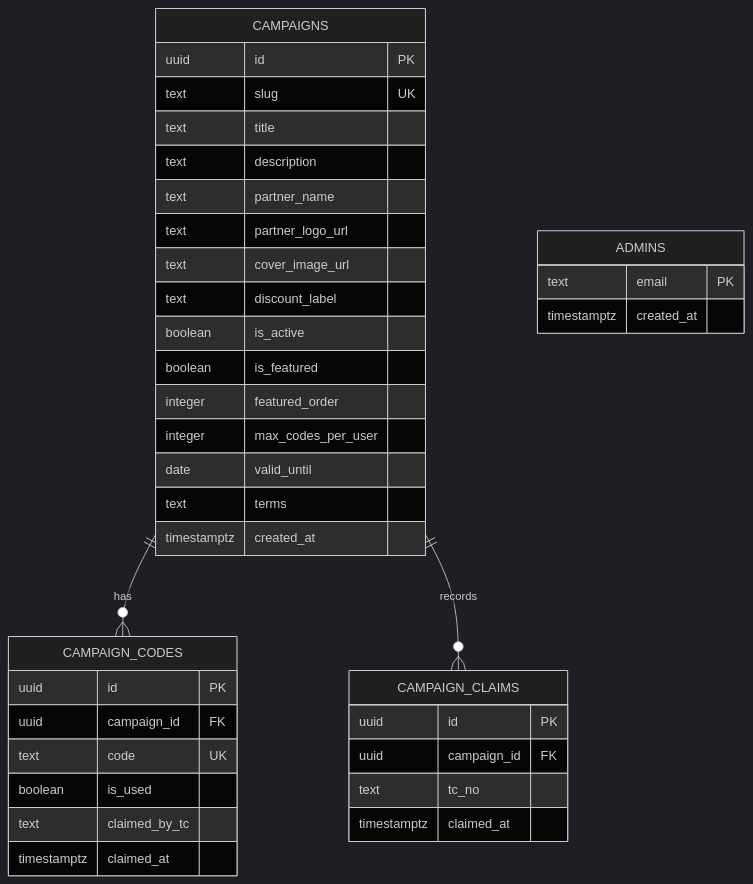
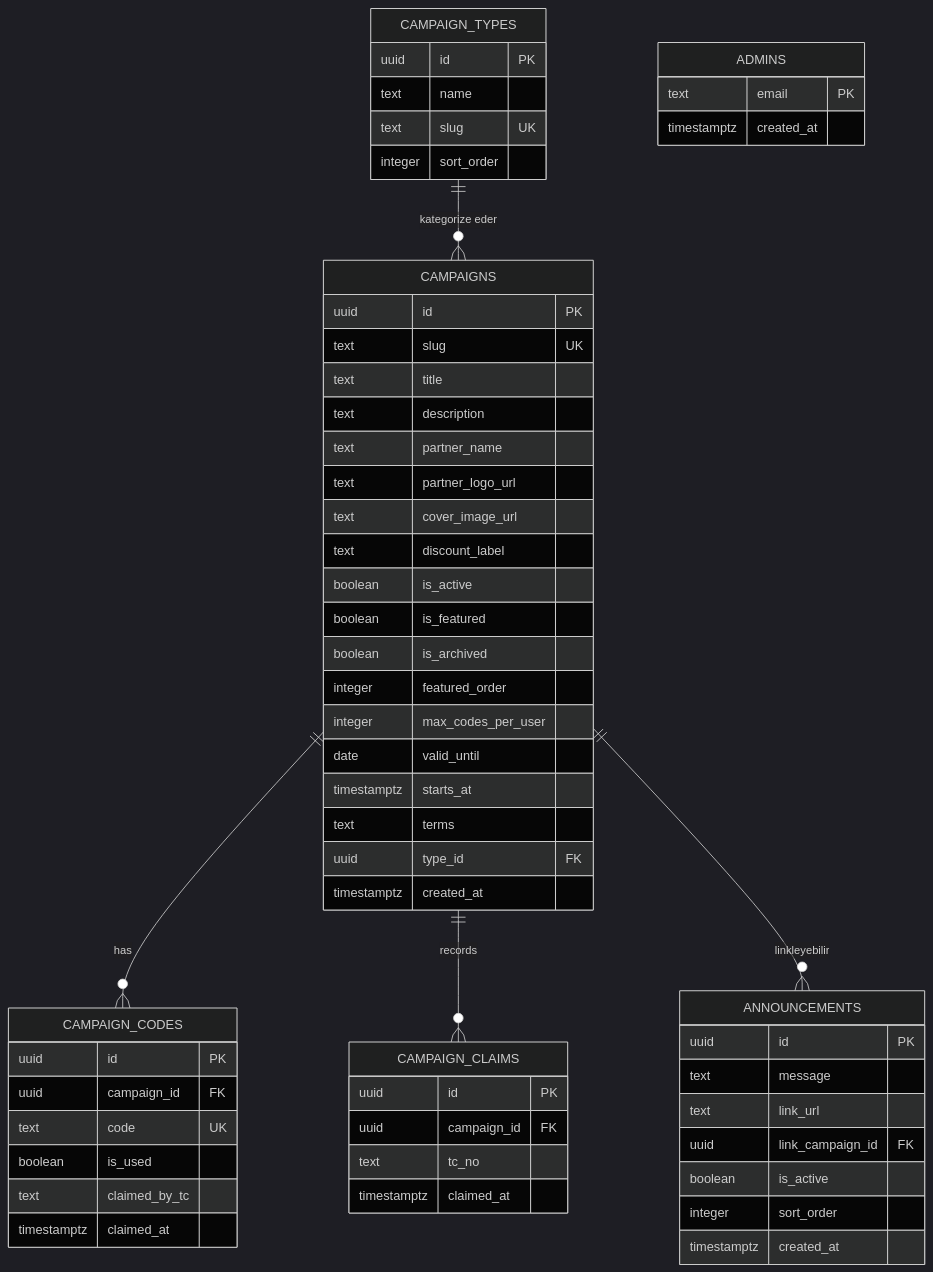
The diagram in wiki/reference/database.md (eyildirim82/talpa-giyim), drawn with Mermaid (dark theme) before and after one commit. The commit also changed other lines of this file and 8 other files, not shown here.

````diff
--- a/wiki/reference/database.md
+++ b/wiki/reference/database.md
@@ -18,44 +18,66 @@
 ```mermaid
 erDiagram
+    CAMPAIGN_TYPES {
+        uuid id PK
+        text name
+        text slug UK
+        integer sort_order
+    }
+
     CAMPAIGNS {
         uuid id PK
         text slug UK
         text title
         text description
         text partner_name
         text partner_logo_url
         text cover_image_url
         text discount_label
         boolean is_active
         boolean is_featured
+        boolean is_archived
         integer featured_order
         integer max_codes_per_user
         date valid_until
+        timestamptz starts_at
         text terms
+        uuid type_id FK
         timestamptz created_at
     }
 
     CAMPAIGN_CODES {
         uuid id PK
         uuid campaign_id FK
         text code UK
         boolean is_used
         text claimed_by_tc
         timestamptz claimed_at
     }
 
     CAMPAIGN_CLAIMS {
         uuid id PK
         uuid campaign_id FK
         text tc_no
         timestamptz claimed_at
     }
 
+    ANNOUNCEMENTS {
+        uuid id PK
+        text message
+        text link_url
+        uuid link_campaign_id FK
+        boolean is_active
+        integer sort_order
+        timestamptz created_at
+    }
+
     ADMINS {
         text email PK
         timestamptz created_at
     }
 
+    CAMPAIGN_TYPES ||--o{ CAMPAIGNS : "kategorize eder"
     CAMPAIGNS ||--o{ CAMPAIGN_CODES : "has"
     CAMPAIGNS ||--o{ CAMPAIGN_CLAIMS : "records"
+    CAMPAIGNS ||--o{ ANNOUNCEMENTS : "linkleyebilir"
 ```
````
